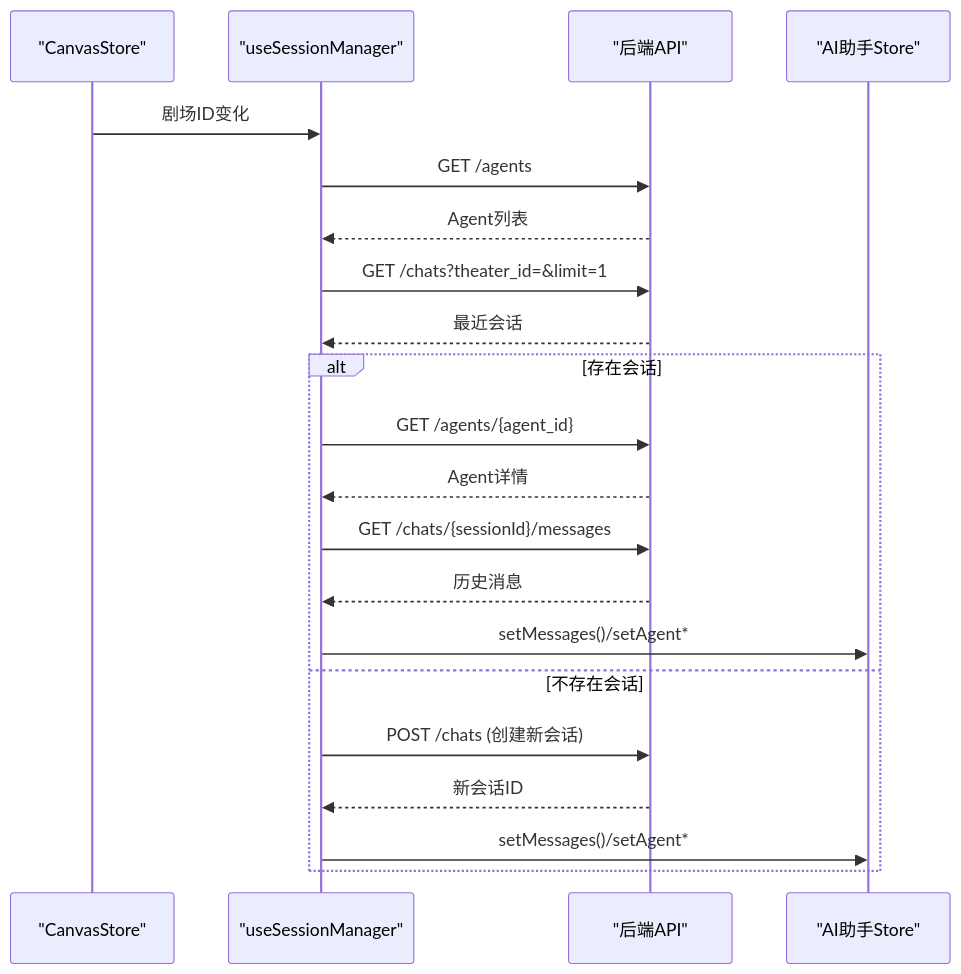
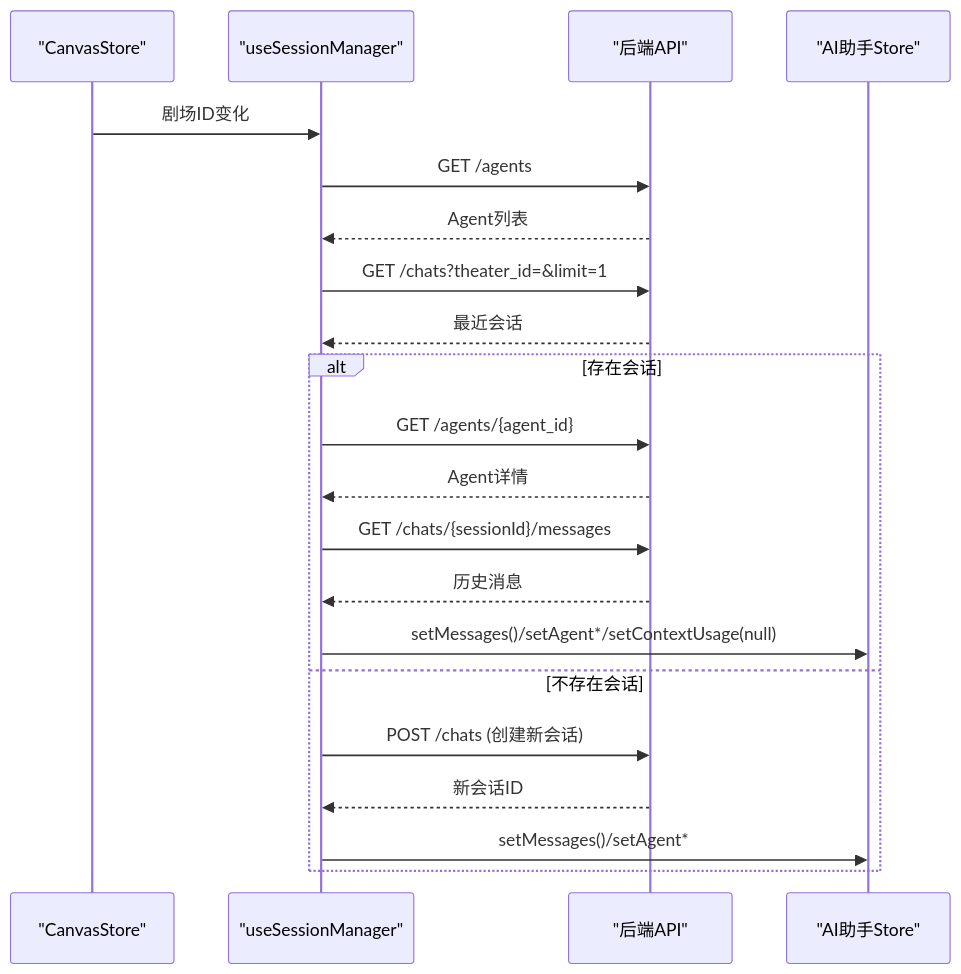
Before and after one commit to KunLabAI/KunFlix: the seventh of 8 diagrams in .qoder/repowiki/zh/content/前端应用架构/UI组件库/AI助手组件.md, drawn with Mermaid. The commit also changed other lines of this file and 9 other files, not shown here.

````diff
--- a/.qoder/repowiki/zh/content/前端应用架构/UI组件库/AI助手组件.md
+++ b/.qoder/repowiki/zh/content/前端应用架构/UI组件库/AI助手组件.md
@@ -289,23 +331,23 @@
 ```mermaid
 sequenceDiagram
 participant C as "CanvasStore"
 participant SM as "useSessionManager"
 participant API as "后端API"
 participant S as "AI助手Store"
 C->>SM : 剧场ID变化
 SM->>API : GET /agents
 API-->>SM : Agent列表
 SM->>API : GET /chats?theater_id=&limit=1
 API-->>SM : 最近会话
 alt 存在会话
 SM->>API : GET /agents/{agent_id}
 API-->>SM : Agent详情
 SM->>API : GET /chats/{sessionId}/messages
 API-->>SM : 历史消息
-SM->>S : setMessages()/setAgent*
+SM->>S : setMessages()/setAgent*/setContextUsage(null)
 else 不存在会话
 SM->>API : POST /chats (创建新会话)
 API-->>SM : 新会话ID
 SM->>S : setMessages()/setAgent*
 end
 ```
````
